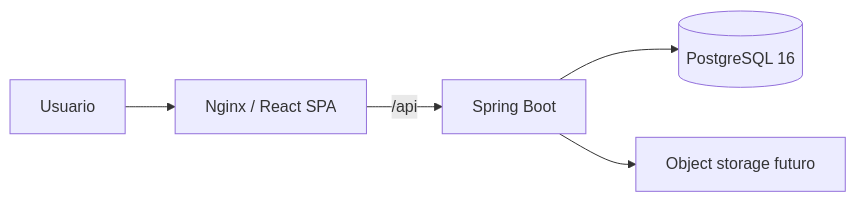
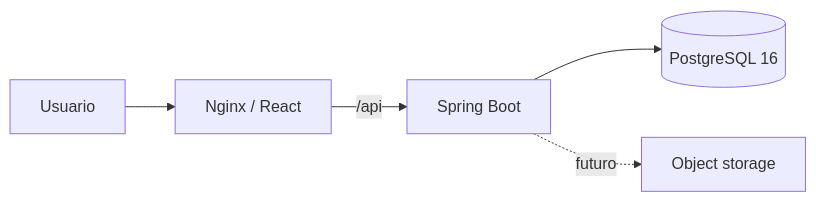
The first of 2 diagrams in docs/ARCHITECTURE.md (JerePrograma/fourbubbles), drawn with Mermaid before and after one commit. The commit also changed other lines of this file and 21 other files, not shown here.

````diff
--- a/docs/ARCHITECTURE.md
+++ b/docs/ARCHITECTURE.md
@@ -11,7 +9,7 @@
 ```mermaid
 flowchart LR
-  U[Usuario] --> N[Nginx / React SPA]
+  U[Usuario] --> N[Nginx / React]
   N -->|/api| B[Spring Boot]
   B --> P[(PostgreSQL 16)]
-  B --> O[Object storage futuro]
+  B -. futuro .-> O[Object storage]
 ```
````
